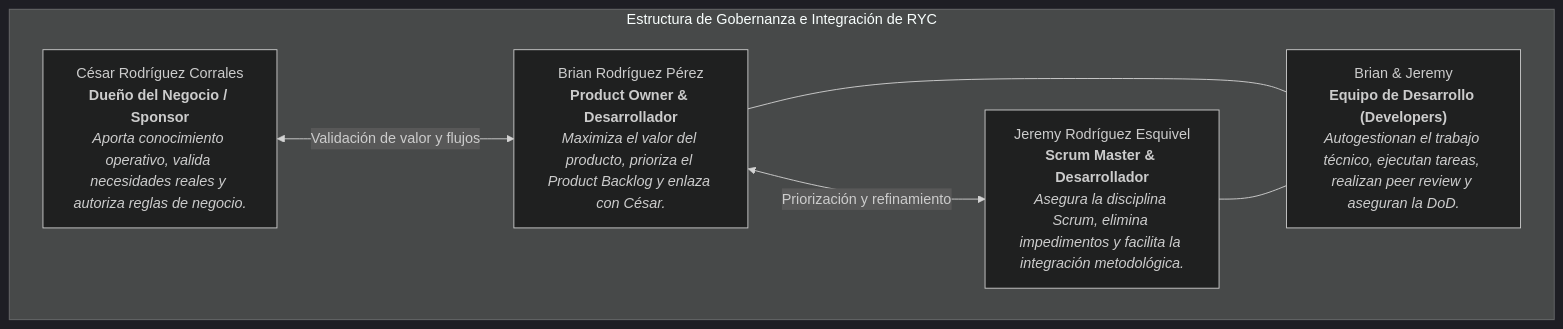
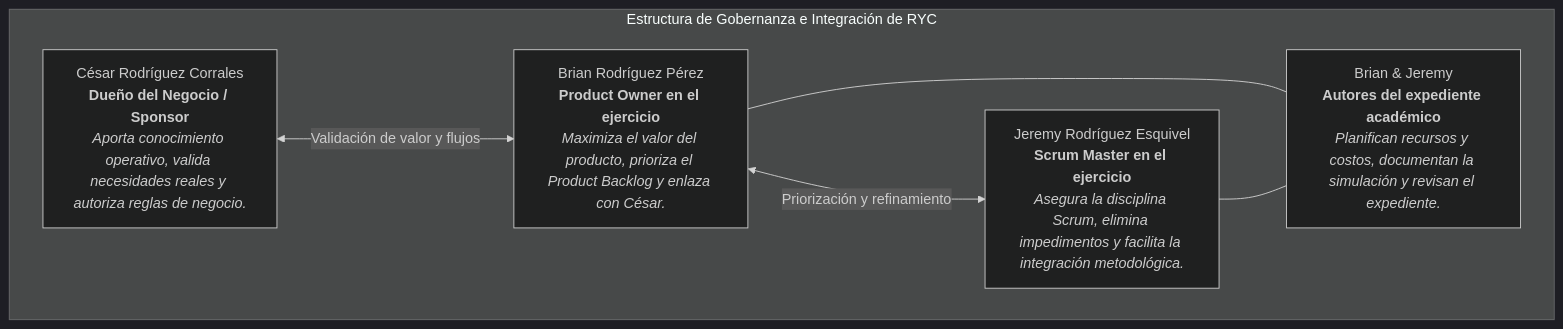
One commit to Brianrp19/ISW-912-RYC-Control-Plagas changed the second of 2 diagrams in README.md. Above: the diagram before and after it, drawn with Mermaid (dark theme). The commit also changed other lines of this file, not shown here.

Commit message:
docs: reorganizar historias, tareas y planificación de RYC

````diff
--- a/README.md
+++ b/README.md
@@ -2169,14 +3095,14 @@
 ```mermaid
 flowchart TD
     subgraph Gobernanza["Estructura de Gobernanza e Integración de RYC"]
         SP["César Rodríguez Corrales<br><b>Dueño del Negocio / Sponsor</b><br><i>Aporta conocimiento operativo, valida necesidades reales y autoriza reglas de negocio.</i>"]
-        PO["Brian Rodríguez Pérez<br><b>Product Owner & Desarrollador</b><br><i>Maximiza el valor del producto, prioriza el Product Backlog y enlaza con César.</i>"]
-        SM["Jeremy Rodríguez Esquivel<br><b>Scrum Master & Desarrollador</b><br><i>Asegura la disciplina Scrum, elimina impedimentos y facilita la integración metodológica.</i>"]
-        EQ["Brian & Jeremy<br><b>Equipo de Desarrollo (Developers)</b><br><i>Autogestionan el trabajo técnico, ejecutan tareas, realizan peer review y aseguran la DoD.</i>"]
+        PO["Brian Rodríguez Pérez<br><b>Product Owner en el ejercicio</b><br><i>Maximiza el valor del producto, prioriza el Product Backlog y enlaza con César.</i>"]
+        SM["Jeremy Rodríguez Esquivel<br><b>Scrum Master en el ejercicio</b><br><i>Asegura la disciplina Scrum, elimina impedimentos y facilita la integración metodológica.</i>"]
+        EQ["Brian & Jeremy<br><b>Autores del expediente académico</b><br><i>Planifican recursos y costos, documentan la simulación y revisan el expediente.</i>"]
         
         SP <-->|"Validación de valor y flujos"| PO
         PO <-->|"Priorización y refinamiento"| SM
         PO --- EQ
         SM --- EQ
     end
 ```
````
